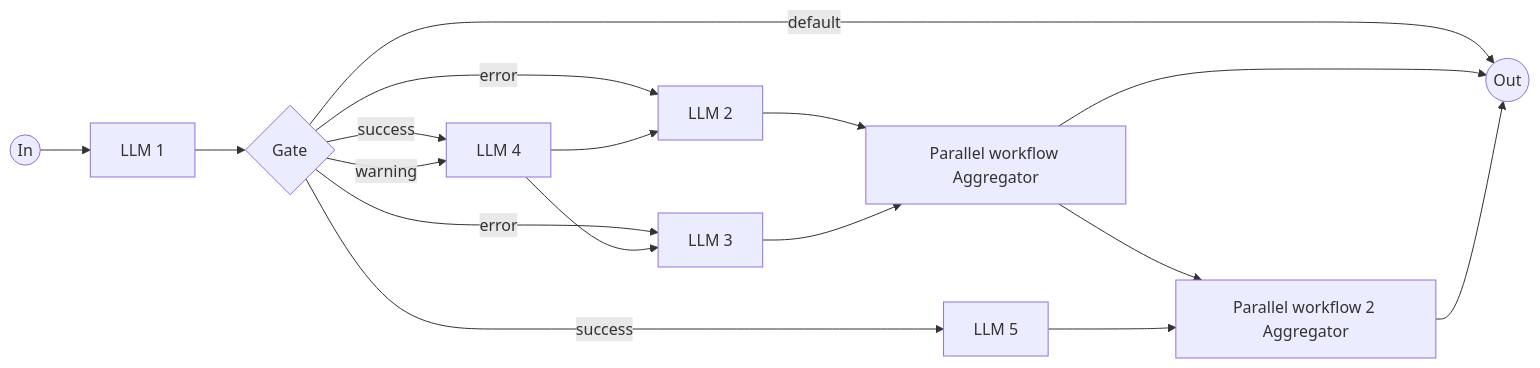
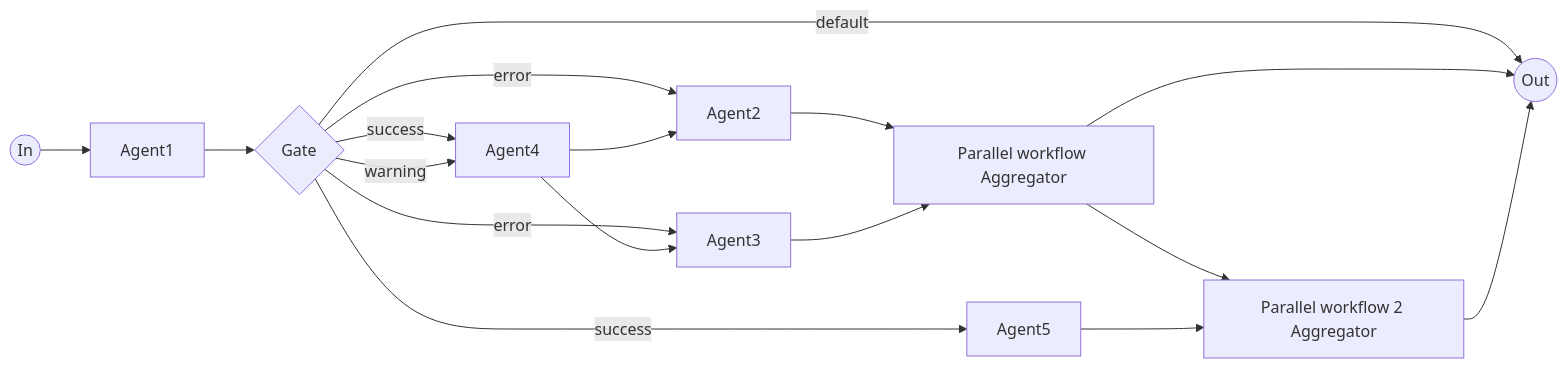
Before and after one commit to rootstrap/mars: the diagram in examples/complex_workflow/diagram.md, drawn with Mermaid. The commit also changed 14 other files, not shown here.

````diff
--- a/examples/complex_workflow/diagram.md
+++ b/examples/complex_workflow/diagram.md
@@ -1,29 +1,29 @@
 ```mermaid
 flowchart LR
 in((In))
 out((Out))
-llm_1[LLM 1]
+agent1[Agent1]
 gate{Gate}
 parallel_workflow_2_aggregator[Parallel workflow 2 Aggregator]
-llm_4[LLM 4]
+agent4[Agent4]
 parallel_workflow_aggregator[Parallel workflow Aggregator]
-llm_2[LLM 2]
-llm_3[LLM 3]
-llm_5[LLM 5]
-in --> llm_1
-llm_1 --> gate
-gate -->|success| llm_4
-gate -->|success| llm_5
-gate -->|warning| llm_4
-gate -->|error| llm_2
-gate -->|error| llm_3
+agent2[Agent2]
+agent3[Agent3]
+agent5[Agent5]
+in --> agent1
+agent1 --> gate
+gate -->|success| agent4
+gate -->|success| agent5
+gate -->|warning| agent4
+gate -->|error| agent2
+gate -->|error| agent3
 gate -->|default| out
-llm_4 --> llm_2
-llm_4 --> llm_3
-llm_2 --> parallel_workflow_aggregator
+agent4 --> agent2
+agent4 --> agent3
+agent2 --> parallel_workflow_aggregator
 parallel_workflow_aggregator --> parallel_workflow_2_aggregator
 parallel_workflow_aggregator --> out
-llm_3 --> parallel_workflow_aggregator
+agent3 --> parallel_workflow_aggregator
 parallel_workflow_2_aggregator --> out
-llm_5 --> parallel_workflow_2_aggregator
+agent5 --> parallel_workflow_2_aggregator
 ```
````
